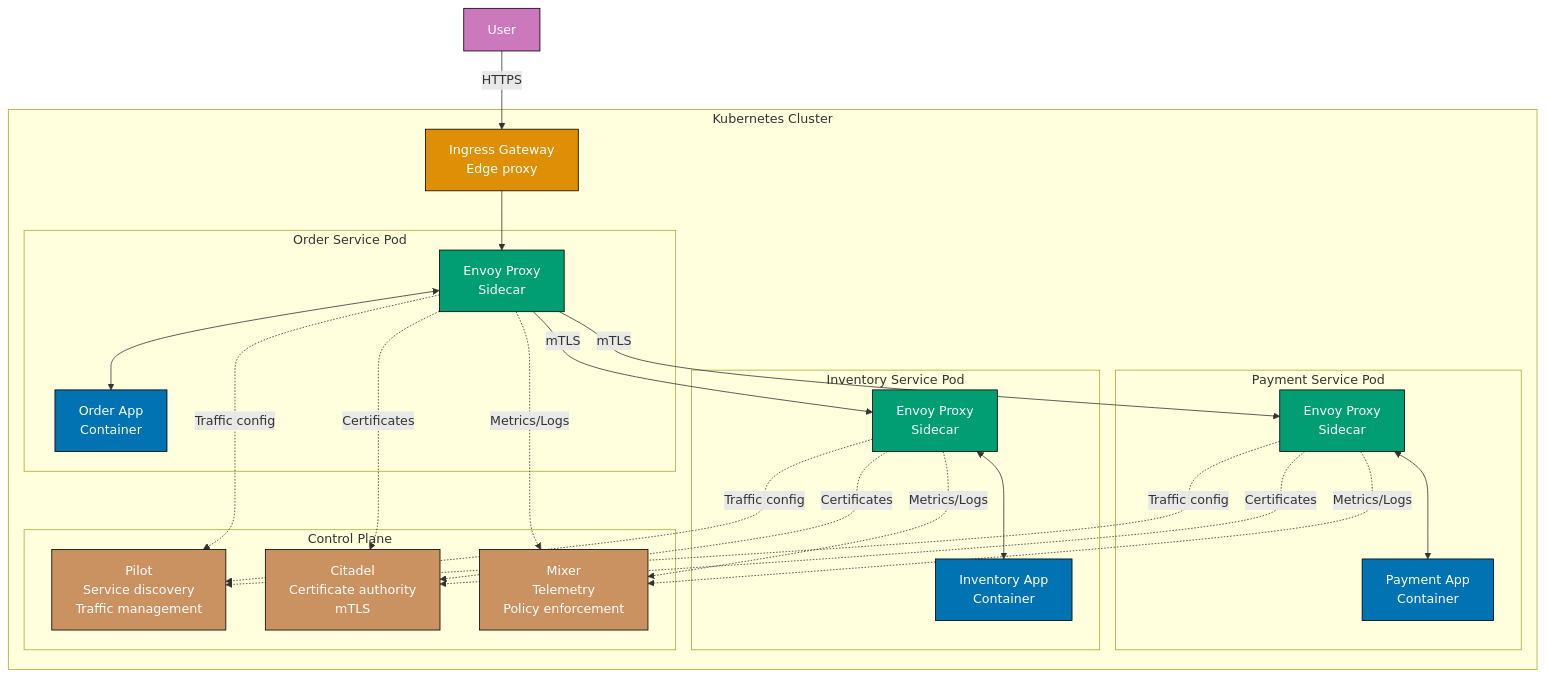
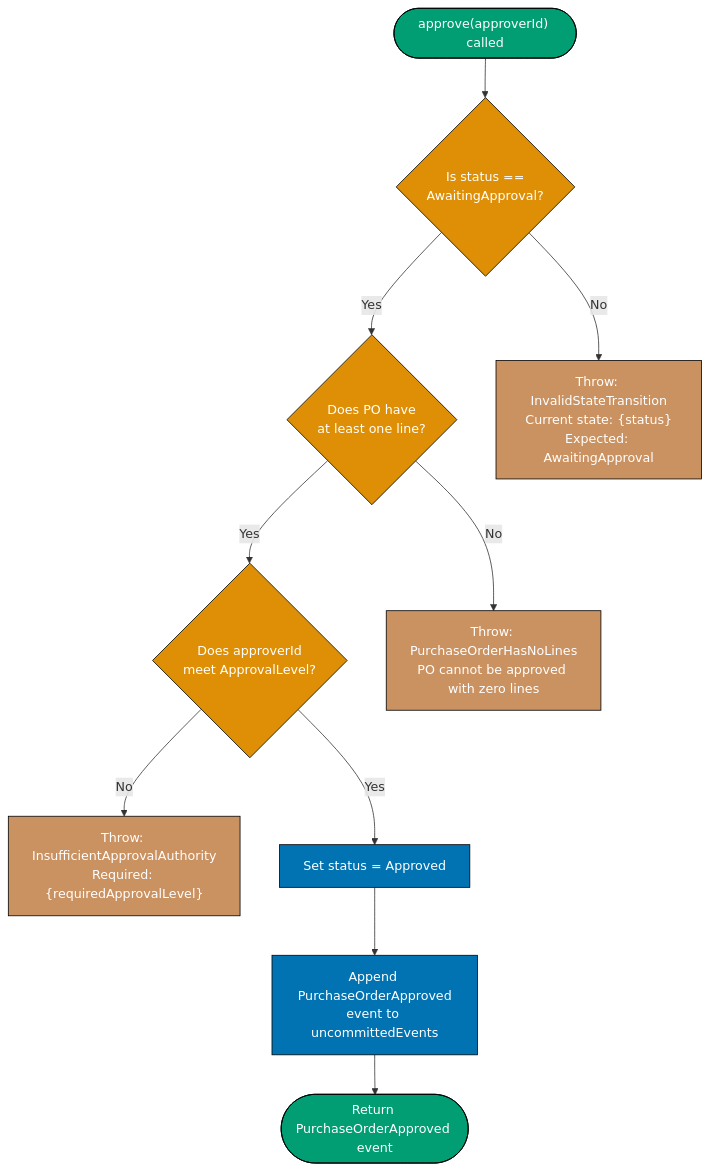
One commit to wahidyankf/open-sharia-enterprise changed the second of 25 diagrams in apps/ayokoding-web/content/en/learn/software-engineering/architecture/c4-architecture-model/by-example/advanced.md. Above: the diagram before and after it, drawn with Mermaid. The commit also changed other lines of this file and 38 other files, not shown here.

First line of the commit message:
docs(ayokoding-web): unify architecture tutorials on shared P2P domain

````diff
--- a/apps/ayokoding-web/content/en/learn/software-engineering/architecture/c4-architecture-model/by-example/advanced.md
+++ b/apps/ayokoding-web/content/en/learn/software-engineering/architecture/c4-architecture-model/by-example/advanced.md
@@ -499,61 +103,34 @@
 ```mermaid
-graph TD
-    subgraph "Kubernetes Cluster"
-        subgraph "Order Service Pod"
-            OrderApp["Order App<br/>Container"]
-            OrderProxy["Envoy Proxy<br/>Sidecar"]
-        end
+flowchart TD
+    Start(["approve#40;approverId#41; called"])
+    CheckState{"Is status ==<br/>AwaitingApproval?"}
+    CheckLevel{"Does approverId<br/>meet ApprovalLevel?"}
+    CheckLines{"Does PO have<br/>at least one line?"}
+    ThrowState["Throw: InvalidStateTransition<br/>Current state: {status}<br/>Expected: AwaitingApproval"]
+    ThrowAuth["Throw: InsufficientApprovalAuthority<br/>Required: {requiredApprovalLevel}"]
+    ThrowLines["Throw: PurchaseOrderHasNoLines<br/>PO cannot be approved with zero lines"]
+    SetStatus["Set status = Approved"]
+    AppendEvent["Append PurchaseOrderApproved<br/>event to uncommittedEvents"]
+    Return(["Return PurchaseOrderApproved event"])
 
-        subgraph "Payment Service Pod"
-            PaymentApp["Payment App<br/>Container"]
-            PaymentProxy["Envoy Proxy<br/>Sidecar"]
-        end
+    Start --> CheckState
+    CheckState -->|"No"| ThrowState
+    CheckState -->|"Yes"| CheckLines
+    CheckLines -->|"No"| ThrowLines
+    CheckLines -->|"Yes"| CheckLevel
+    CheckLevel -->|"No"| ThrowAuth
+    CheckLevel -->|"Yes"| SetStatus
+    SetStatus --> AppendEvent
+    AppendEvent --> Return
 
-        subgraph "Inventory Service Pod"
-            InventoryApp["Inventory App<br/>Container"]
-            InventoryProxy["Envoy Proxy<br/>Sidecar"]
-        end
-
-        subgraph "Control Plane"
-            Pilot["Pilot<br/>Service discovery<br/>Traffic management"]
-            Citadel["Citadel<br/>Certificate authority<br/>mTLS"]
-            Mixer["Mixer<br/>Telemetry<br/>Policy enforcement"]
-        end
-
-        IngressGateway["Ingress Gateway<br/>Edge proxy"]
-    end
-
-    User["User"] -->|"HTTPS"| IngressGateway
-    IngressGateway --> OrderProxy
-
-    OrderProxy -->|"mTLS"| PaymentProxy
-    OrderProxy -->|"mTLS"| InventoryProxy
-
-    OrderProxy -.->|"Traffic config"| Pilot
-    PaymentProxy -.->|"Traffic config"| Pilot
-    InventoryProxy -.->|"Traffic config"| Pilot
-
-    OrderProxy -.->|"Certificates"| Citadel
-    PaymentProxy -.->|"Certificates"| Citadel
-    InventoryProxy -.->|"Certificates"| Citadel
-
-    OrderProxy -.->|"Metrics/Logs"| Mixer
-    PaymentProxy -.->|"Metrics/Logs"| Mixer
-    InventoryProxy -.->|"Metrics/Logs"| Mixer
-
-    OrderProxy <--> OrderApp
-    PaymentProxy <--> PaymentApp
-    InventoryProxy <--> InventoryApp
-
-    style User fill:#CC78BC,stroke:#000,color:#fff
-    style IngressGateway fill:#DE8F05,stroke:#000,color:#fff
-    style OrderProxy fill:#029E73,stroke:#000,color:#fff
-    style PaymentProxy fill:#029E73,stroke:#000,color:#fff
-    style InventoryProxy fill:#029E73,stroke:#000,color:#fff
-    style OrderApp fill:#0173B2,stroke:#000,color:#fff
-    style PaymentApp fill:#0173B2,stroke:#000,color:#fff
-    style InventoryApp fill:#0173B2,stroke:#000,color:#fff
-    style Pilot fill:#CA9161,stroke:#000,color:#fff
-    style Citadel fill:#CA9161,stroke:#000,color:#fff
-    style Mixer fill:#CA9161,stroke:#000,color:#fff
+    style Start fill:#029E73,stroke:#000,color:#fff
+    style CheckState fill:#DE8F05,stroke:#000,color:#fff
+    style CheckLevel fill:#DE8F05,stroke:#000,color:#fff
+    style CheckLines fill:#DE8F05,stroke:#000,color:#fff
+    style ThrowState fill:#CA9161,stroke:#000,color:#fff
+    style ThrowAuth fill:#CA9161,stroke:#000,color:#fff
+    style ThrowLines fill:#CA9161,stroke:#000,color:#fff
+    style SetStatus fill:#0173B2,stroke:#000,color:#fff
+    style AppendEvent fill:#0173B2,stroke:#000,color:#fff
+    style Return fill:#029E73,stroke:#000,color:#fff
 ```
````
